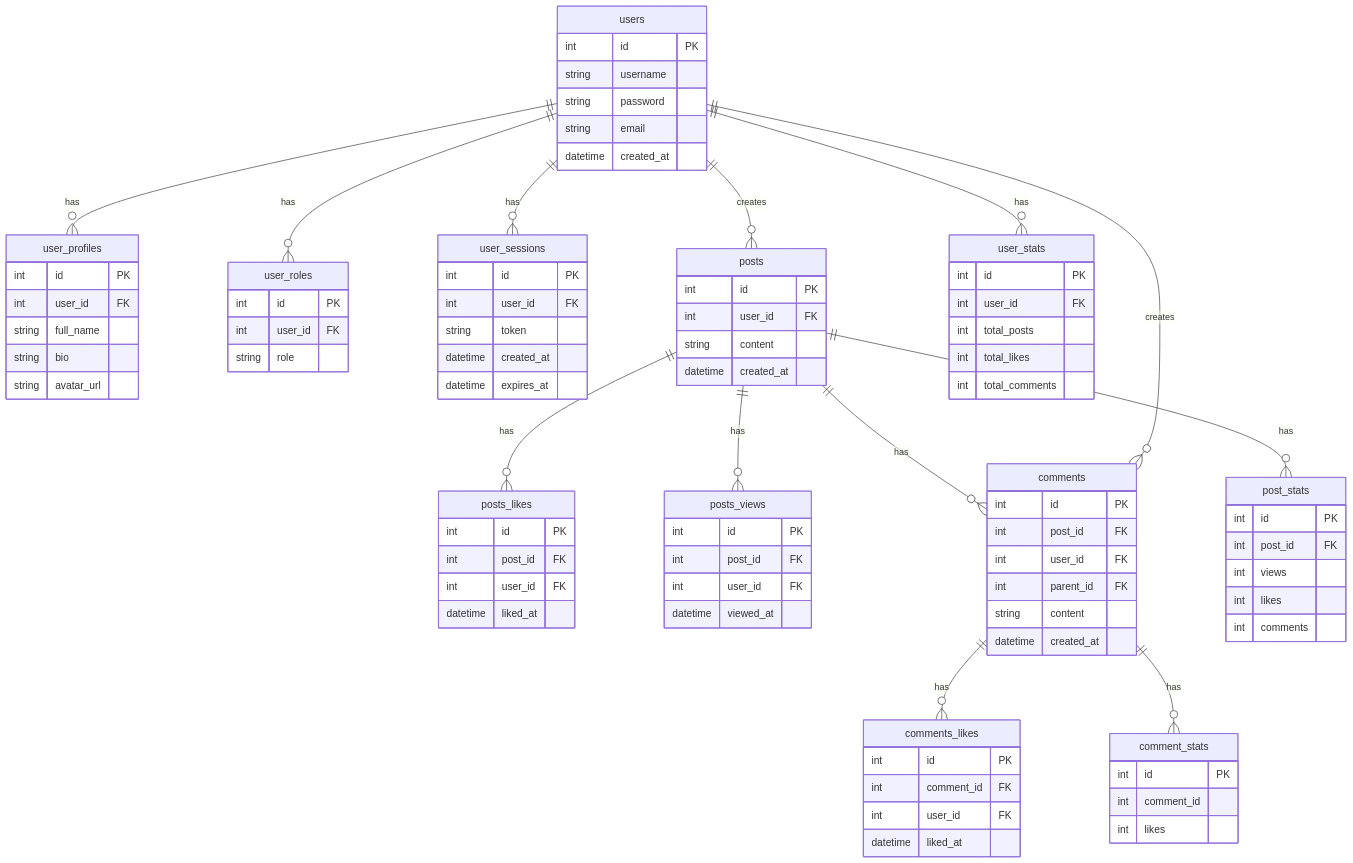
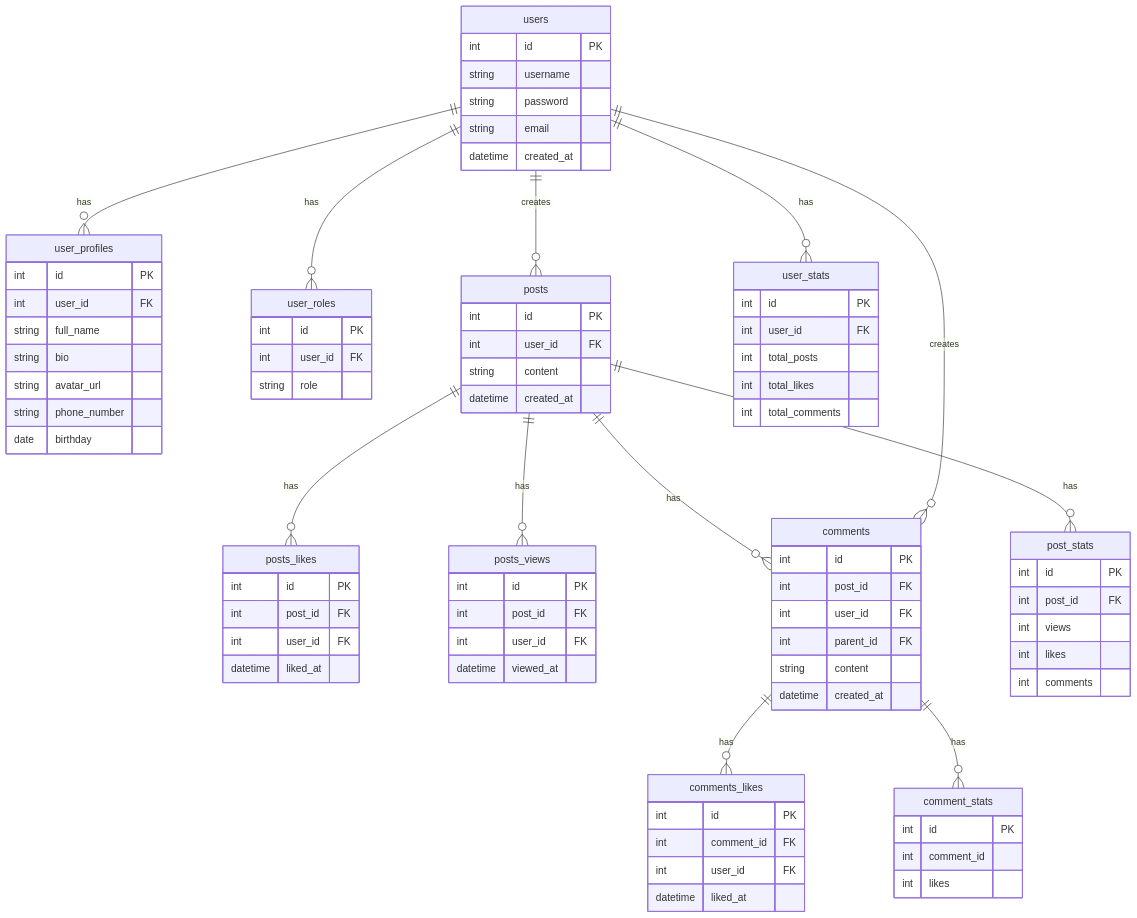
Before and after one commit to Polusummator/SOA: the diagram in docs/er.md, drawn with Mermaid. The commit also changed other lines of this file, not shown here.

```diff
--- a/docs/er.md
+++ b/docs/er.md
@@ -10,7 +10,6 @@
 
     users ||--o{ user_profiles : "has"
     users ||--o{ user_roles : "has"
-    users ||--o{ user_sessions : "has"
 
     users {
         int id PK
@@ -26,20 +25,14 @@
         string full_name
         string bio
         string avatar_url
+        string phone_number
+        date birthday
     }
 
     user_roles {
         int id PK
         int user_id FK
         string role
-    }
-
-    user_sessions {
-        int id PK
-        int user_id FK
-        string token
-        datetime created_at
-        datetime expires_at
     }
 
 
```
